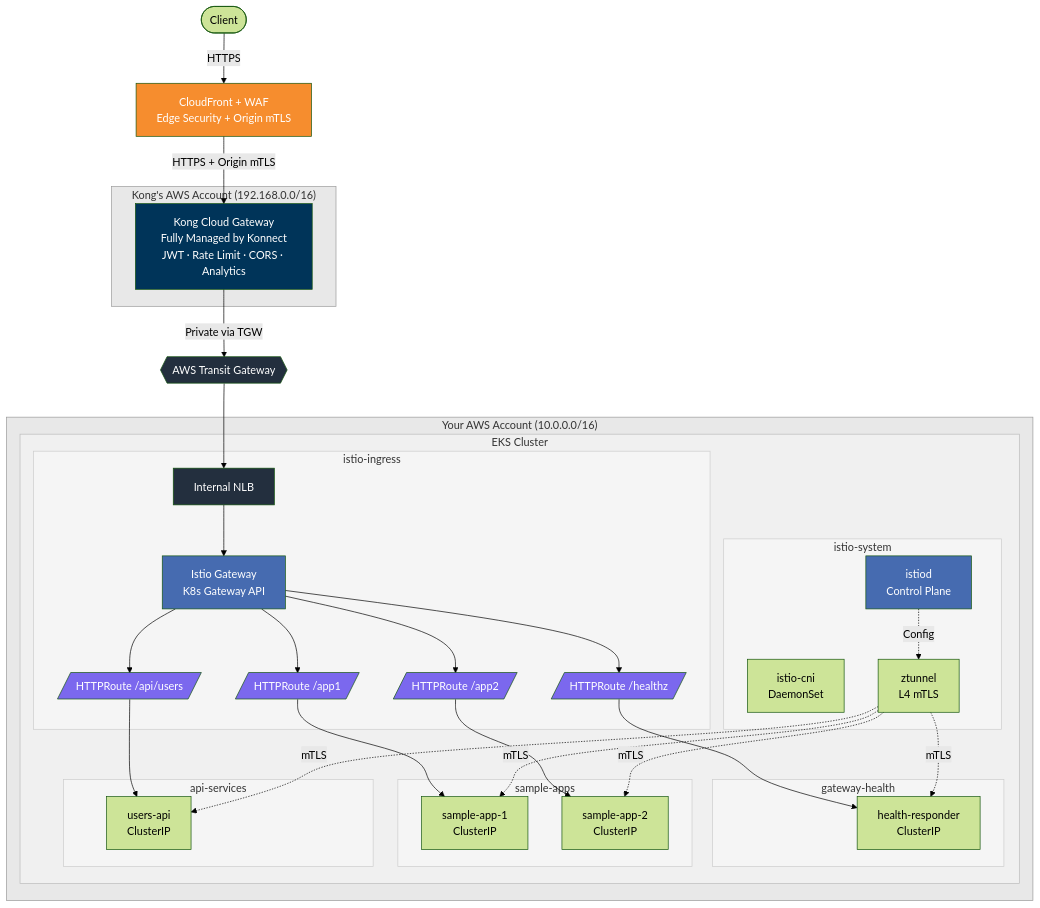
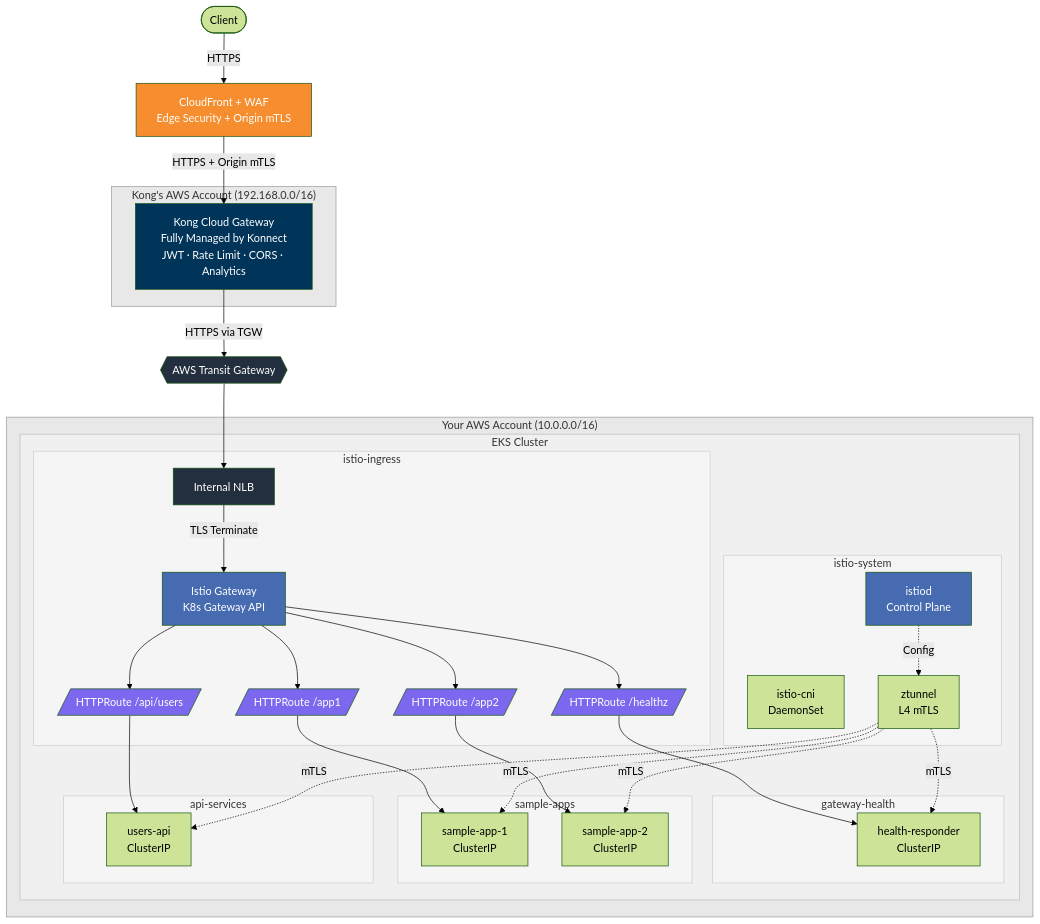
One commit to shanaka-versent/Kong-Konnect-Cloud-Gateway-on-EKS changed the first of 5 diagrams in README.md. Above: the diagram before and after it, drawn with Mermaid (forest theme). The commit also changed other lines of this file, not shown here.

First line of the commit message:
Show TLS termination at Istio Gateway in architecture diagrams

````diff
--- a/README.md
+++ b/README.md
@@ -11,77 +11,77 @@
 ```mermaid
 graph TB
     Client([Client])
     CF[CloudFront + WAF<br/>Edge Security + Origin mTLS]
 
     subgraph kong_acct ["Kong's AWS Account (192.168.0.0/16)"]
         Kong[Kong Cloud Gateway<br/>Fully Managed by Konnect<br/>JWT · Rate Limit · CORS · Analytics]
     end
 
     TGW{{AWS Transit Gateway}}
 
     subgraph your_acct ["Your AWS Account (10.0.0.0/16)"]
         subgraph eks_cluster [EKS Cluster]
             subgraph ns_istio_sys [istio-system]
                 Istiod[istiod<br/>Control Plane]
                 CNI[istio-cni<br/>DaemonSet]
                 ZT[ztunnel<br/>L4 mTLS]
             end
             subgraph ns_istio_ing [istio-ingress]
                 NLB[Internal NLB]
                 IGW[Istio Gateway<br/>K8s Gateway API]
                 HR1[/HTTPRoute /healthz/]
                 HR2[/HTTPRoute /app1/]
                 HR3[/HTTPRoute /app2/]
                 HR4[/HTTPRoute /api/users/]
             end
             subgraph ns_gw_health [gateway-health]
                 Health[health-responder<br/>ClusterIP]
             end
             subgraph ns_sample [sample-apps]
                 App1[sample-app-1<br/>ClusterIP]
                 App2[sample-app-2<br/>ClusterIP]
             end
             subgraph ns_api [api-services]
                 API[users-api<br/>ClusterIP]
             end
         end
     end
 
     Client -->|HTTPS| CF
     CF -->|HTTPS + Origin mTLS| Kong
-    Kong -->|Private via TGW| TGW
+    Kong -->|HTTPS via TGW| TGW
     TGW --> NLB
-    NLB --> IGW
+    NLB -->|TLS Terminate| IGW
     IGW --> HR1
     IGW --> HR2
     IGW --> HR3
     IGW --> HR4
     HR1 --> Health
     HR2 --> App1
     HR3 --> App2
     HR4 --> API
     Istiod -.->|Config| ZT
     ZT -.->|mTLS| App1
     ZT -.->|mTLS| App2
     ZT -.->|mTLS| API
     ZT -.->|mTLS| Health
 
     style Kong fill:#003459,color:#fff
     style IGW fill:#466BB0,color:#fff
     style Istiod fill:#466BB0,color:#fff
     style CF fill:#F68D2E,color:#fff
     style TGW fill:#232F3E,color:#fff
     style NLB fill:#232F3E,color:#fff
     style HR1 fill:#7B68EE,color:#fff
     style HR2 fill:#7B68EE,color:#fff
     style HR3 fill:#7B68EE,color:#fff
     style HR4 fill:#7B68EE,color:#fff
     style kong_acct fill:#E8E8E8,stroke:#999,color:#333
     style your_acct fill:#E8E8E8,stroke:#999,color:#333
     style eks_cluster fill:#F0F0F0,stroke:#BBB,color:#333
     style ns_istio_sys fill:#F5F5F5,stroke:#CCC,color:#333
     style ns_istio_ing fill:#F5F5F5,stroke:#CCC,color:#333
     style ns_gw_health fill:#F5F5F5,stroke:#CCC,color:#333
     style ns_sample fill:#F5F5F5,stroke:#CCC,color:#333
     style ns_api fill:#F5F5F5,stroke:#CCC,color:#333
 ```
````
